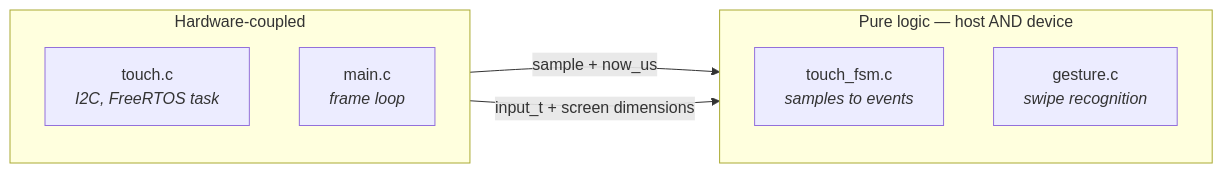
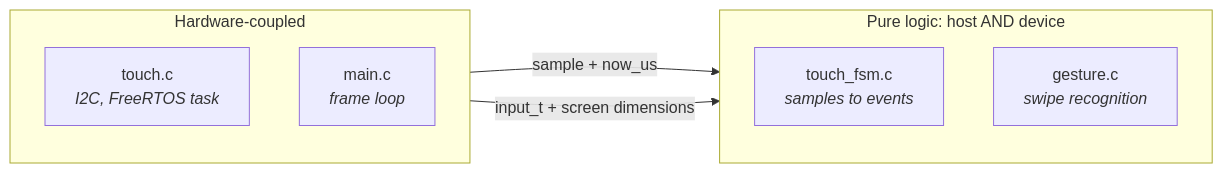
Before and after one commit to jose-villegas/autana: the second of 2 diagrams in docs/Testing-Guide.md, drawn with Mermaid. The commit also changed other lines of this file and 6 other files, not shown here.

````diff
--- a/docs/Testing-Guide.md
+++ b/docs/Testing-Guide.md
@@ -572,17 +572,17 @@
 ```mermaid
 flowchart LR
     subgraph hw["Hardware-coupled"]
         direction TB
         HW1["touch.c<br/><i>I2C, FreeRTOS task</i>"]
         HW4["main.c<br/><i>frame loop</i>"]
     end
 
-    subgraph pure["Pure logic — host AND device"]
+    subgraph pure["Pure logic: host AND device"]
         direction TB
         P1["touch_fsm.c<br/><i>samples to events</i>"]
         P2["gesture.c<br/><i>swipe recognition</i>"]
     end
 
     HW1 -->|"sample + now_us"| P1
     HW4 -->|"input_t + screen dimensions"| P2
 ```
````
